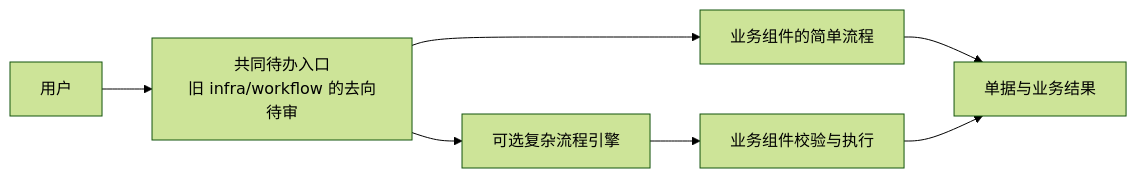
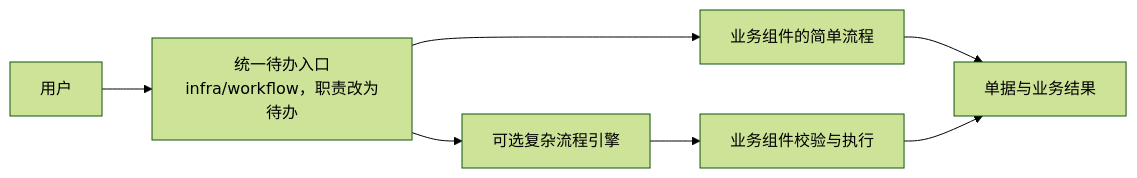
The second of 2 diagrams in tempDocs/replacements/supporting-capabilities.md (brickKit/be-assembly-standard), drawn with Mermaid (forest theme) before and after one commit. The commit also changed 48 other files, not shown here.

````diff
--- a/tempDocs/replacements/supporting-capabilities.md
+++ b/tempDocs/replacements/supporting-capabilities.md
@@ -64,9 +64,9 @@
 ```mermaid
 flowchart LR
-    U[用户] --> I[共同待办入口<br/>旧 infra/workflow 的去向待审]
+    U[用户] --> I[统一待办入口<br/>infra/workflow，职责改为待办]
     I --> S[业务组件的简单流程]
     I --> E[可选复杂流程引擎]
     E --> B[业务组件校验与执行]
     S --> R[单据与业务结果]
     B --> R
 ```
````
